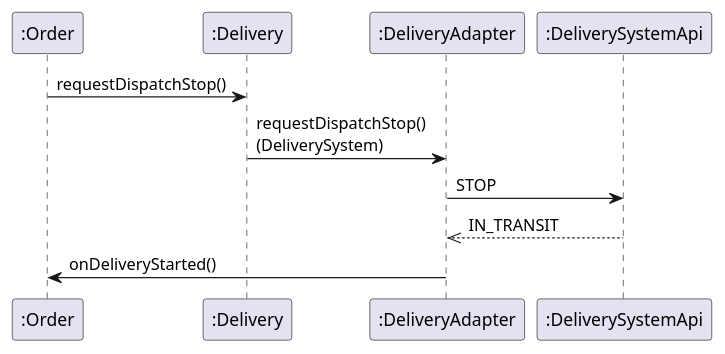
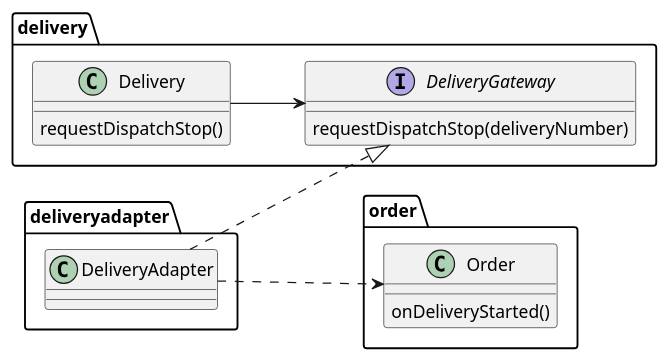
Before and after one commit to YoungSan77/TrainingMaterials: the seventh of 17 diagrams in courses/ooad/sessions/s05.md, drawn with PlantUML. The commit also changed other lines of this file and 154 other files, not shown here.

````diff
--- a/courses/ooad/sessions/s05.md
+++ b/courses/ooad/sessions/s05.md
@@ -653,13 +470,24 @@
-```plantuml:sequence
+```plantuml:class
 @startuml
-participant ":Order" as O
-participant ":Delivery" as D
-participant ":DeliveryAdapter" as A
-participant ":DeliverySystemApi" as S
-O -> D : requestDispatchStop()
-D -> A : requestDispatchStop()\n(DeliverySystem)
-A -> S : STOP
-S -->> A : IN_TRANSIT
-A -> O : onDeliveryStarted()
+left to right direction
+package "delivery" {
+  class "Delivery" as D {
+    requestDispatchStop()
+  }
+  interface "DeliveryGateway" as DS {
+    requestDispatchStop(deliveryNumber)
+  }
+}
+package "deliveryadapter" {
+  class "DeliveryAdapter" as A
+}
+package "order" {
+  class "Order" as O {
+    onDeliveryStarted()
+  }
+}
+D --> DS
+A ..|> DS
+A ..> O
 @enduml
 ```
````
